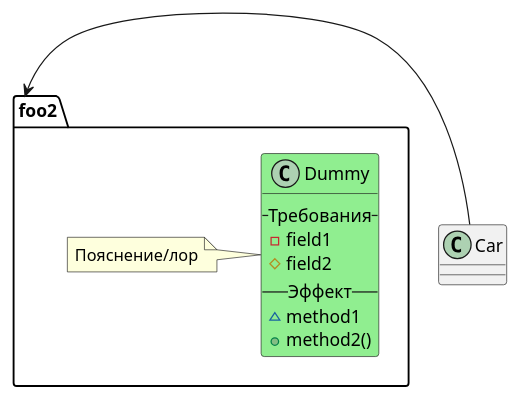
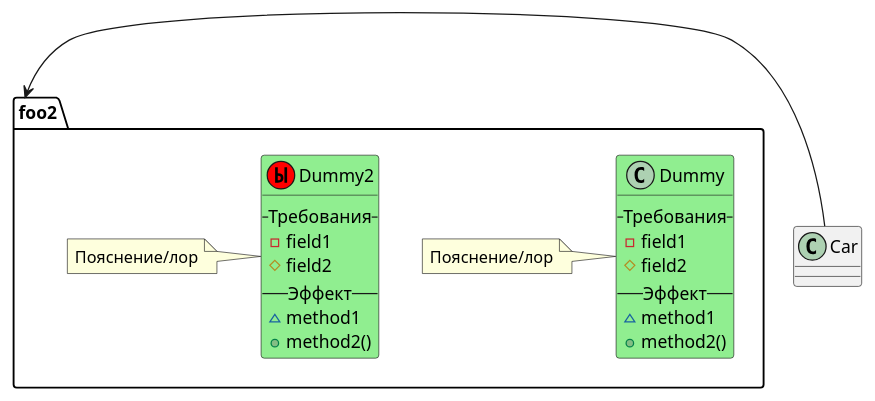
Before and after one commit to RollingHog/AxesNRunes: the diagram in tech/new_tech.puml, drawn with PlantUML.

Commit message:
one more

```diff
--- a/tech/new_tech.puml
+++ b/tech/new_tech.puml
@@ -5,19 +5,29 @@
 @startuml
 page 2x2
 
 class Car
 
 package foo2 {
 class Dummy #LightGreen {
 --Требования--
  -field1
  #field2
 --Эффект--
  ~method1
  +method2()
 }
 note left: Пояснение/лор
+
+class Dummy2 << (Ы,red) >> #LightGreen {
+--Требования--
+ -field1
+ #field2
+--Эффект--
+ ~method1
+ +method2()
+}
+note left: Пояснение/лор
 }
 
 Car -> foo2
 @enduml
```
